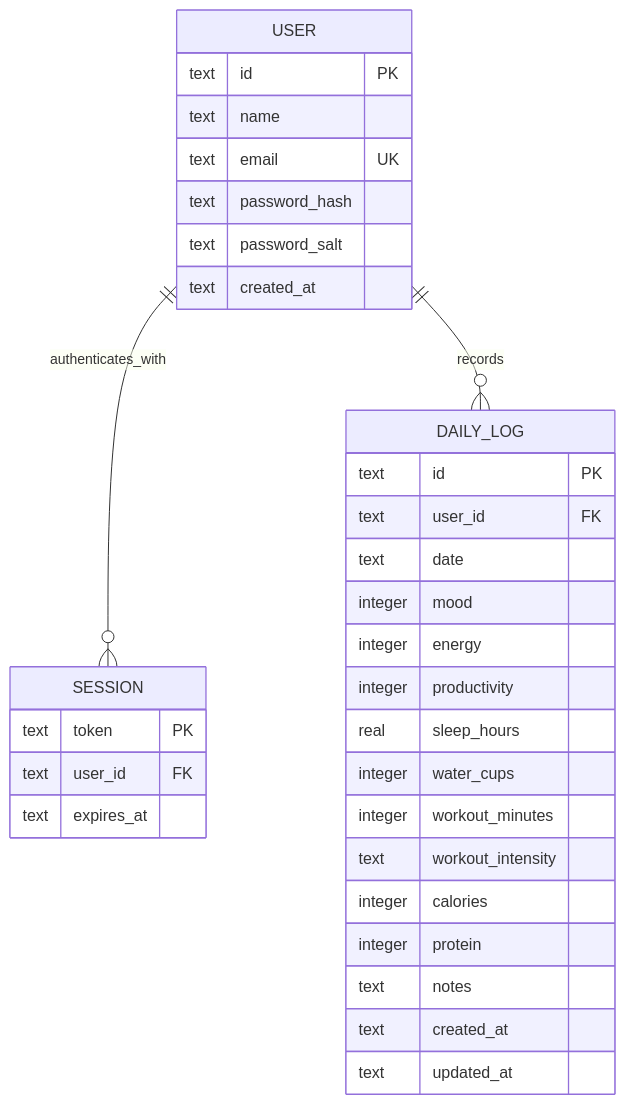
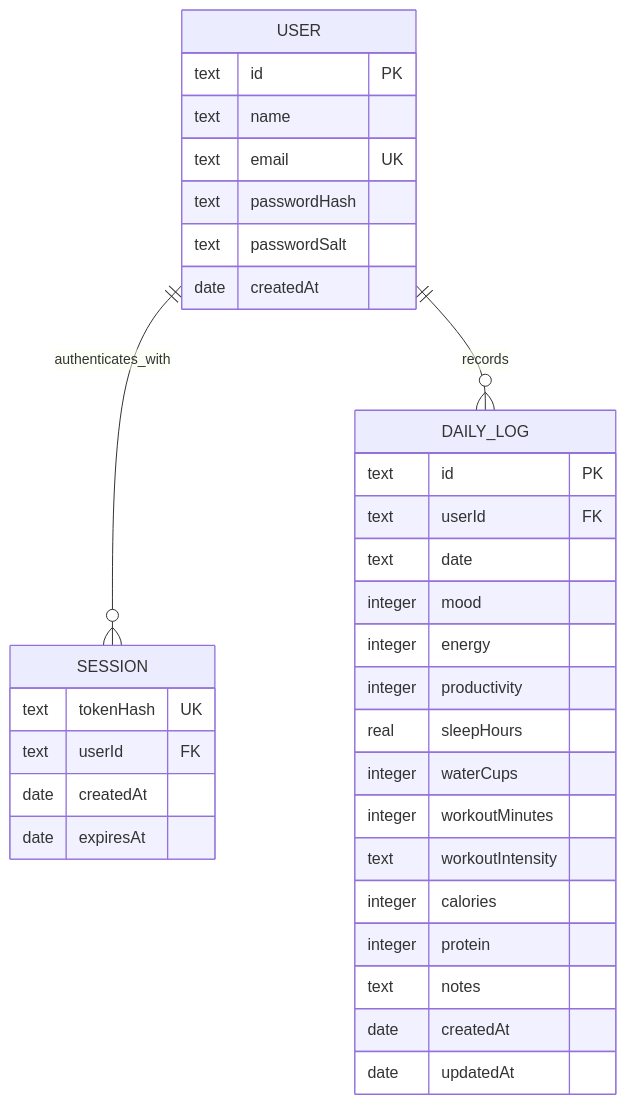
The diagram in docs/DATA_MODEL.md (DylanMcCorquodale/vitaforge), drawn with Mermaid before and after one commit. The commit also changed other lines of this file and 43 other files, not shown here.

````diff
--- a/docs/DATA_MODEL.md
+++ b/docs/DATA_MODEL.md
@@ -5,36 +5,37 @@
 ```mermaid
 erDiagram
     USER ||--o{ SESSION : authenticates_with
     USER ||--o{ DAILY_LOG : records
 
     USER {
       text id PK
       text name
       text email UK
-      text password_hash
-      text password_salt
-      text created_at
+      text passwordHash
+      text passwordSalt
+      date createdAt
     }
     SESSION {
-      text token PK
-      text user_id FK
-      text expires_at
+      text tokenHash UK
+      text userId FK
+      date createdAt
+      date expiresAt
     }
     DAILY_LOG {
       text id PK
-      text user_id FK
+      text userId FK
       text date
       integer mood
       integer energy
       integer productivity
-      real sleep_hours
-      integer water_cups
-      integer workout_minutes
-      text workout_intensity
+      real sleepHours
+      integer waterCups
+      integer workoutMinutes
+      text workoutIntensity
       integer calories
       integer protein
       text notes
-      text created_at
-      text updated_at
+      date createdAt
+      date updatedAt
     }
 ```
````
